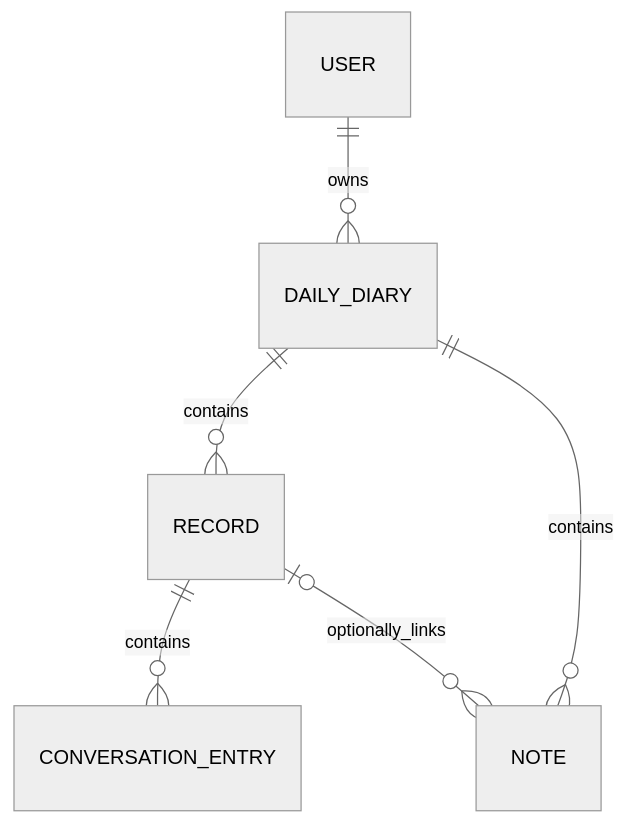
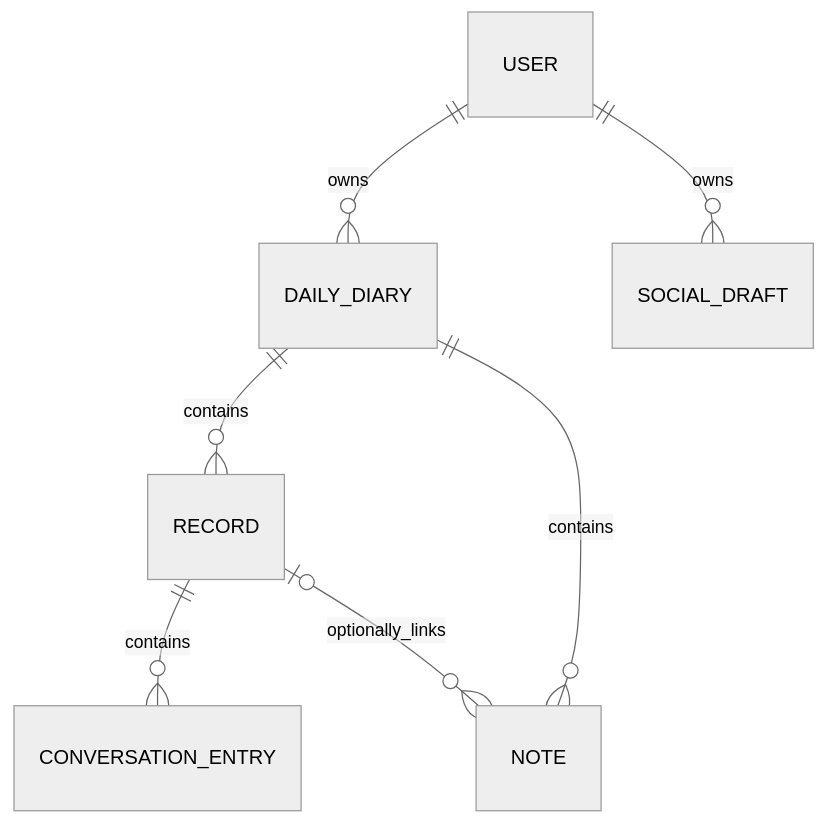
One commit to eleriamarkangel/MyDawnDiary changed the diagram in DATA_MODEL_DRAFT.md. Above: the diagram before and after it, drawn with Mermaid (neutral theme). The commit also changed other lines of this file and 31 other files, not shown here.

````diff
--- a/DATA_MODEL_DRAFT.md
+++ b/DATA_MODEL_DRAFT.md
@@ -7,8 +15,9 @@
 ```mermaid
 erDiagram
     USER ||--o{ DAILY_DIARY : owns
     DAILY_DIARY ||--o{ RECORD : contains
     DAILY_DIARY ||--o{ NOTE : contains
     RECORD ||--o{ CONVERSATION_ENTRY : contains
     RECORD o|--o{ NOTE : optionally_links
+    USER ||--o{ SOCIAL_DRAFT : owns
 ```
````
